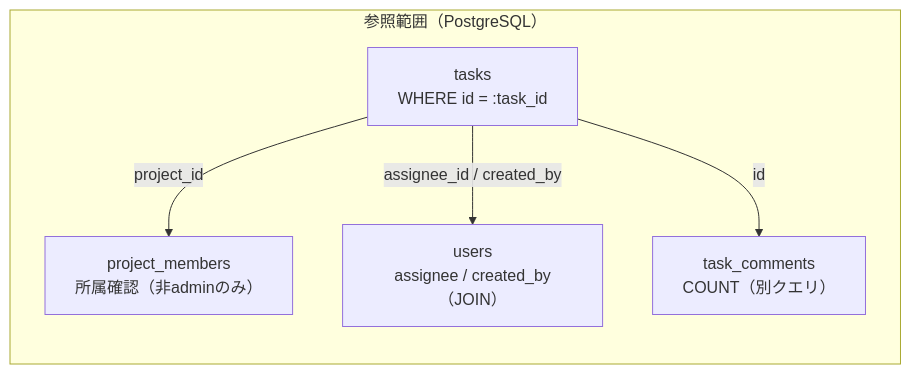
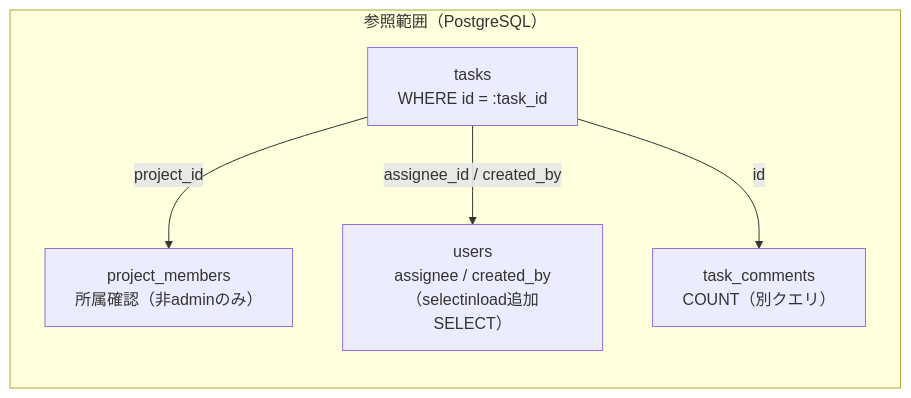
The fourth of 4 diagrams in detailed_design/api/tasks/03_get_task.md (oikawa-d/task_management), drawn with Mermaid before and after one commit. The commit also changed other lines of this file and 22 other files, not shown here.

````diff
--- a/detailed_design/api/tasks/03_get_task.md
+++ b/detailed_design/api/tasks/03_get_task.md
@@ -204,12 +206,12 @@
 ```mermaid
 flowchart LR
     subgraph read["参照範囲（PostgreSQL）"]
         T["tasks<br/>WHERE id = :task_id"]
-        U["users<br/>assignee / created_by（JOIN）"]
+        U["users<br/>assignee / created_by（selectinload追加SELECT）"]
         PM["project_members<br/>所属確認（非adminのみ）"]
         C["task_comments<br/>COUNT（別クエリ）"]
     end
     T -->|"project_id"| PM
     T -->|"assignee_id / created_by"| U
     T -->|"id"| C
 ```
````
